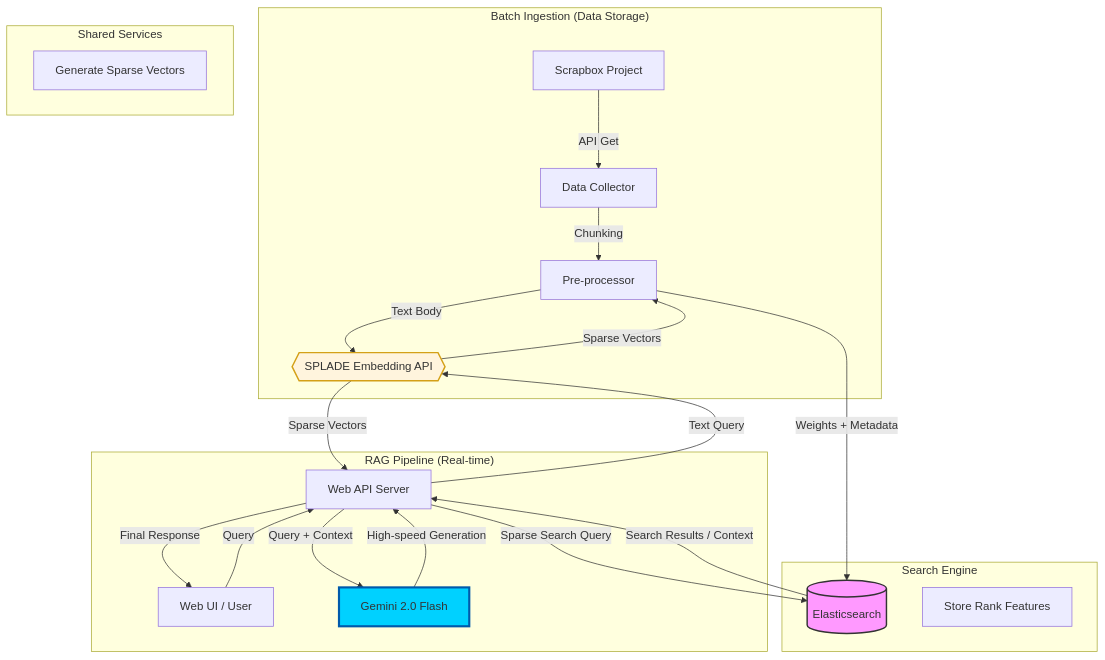
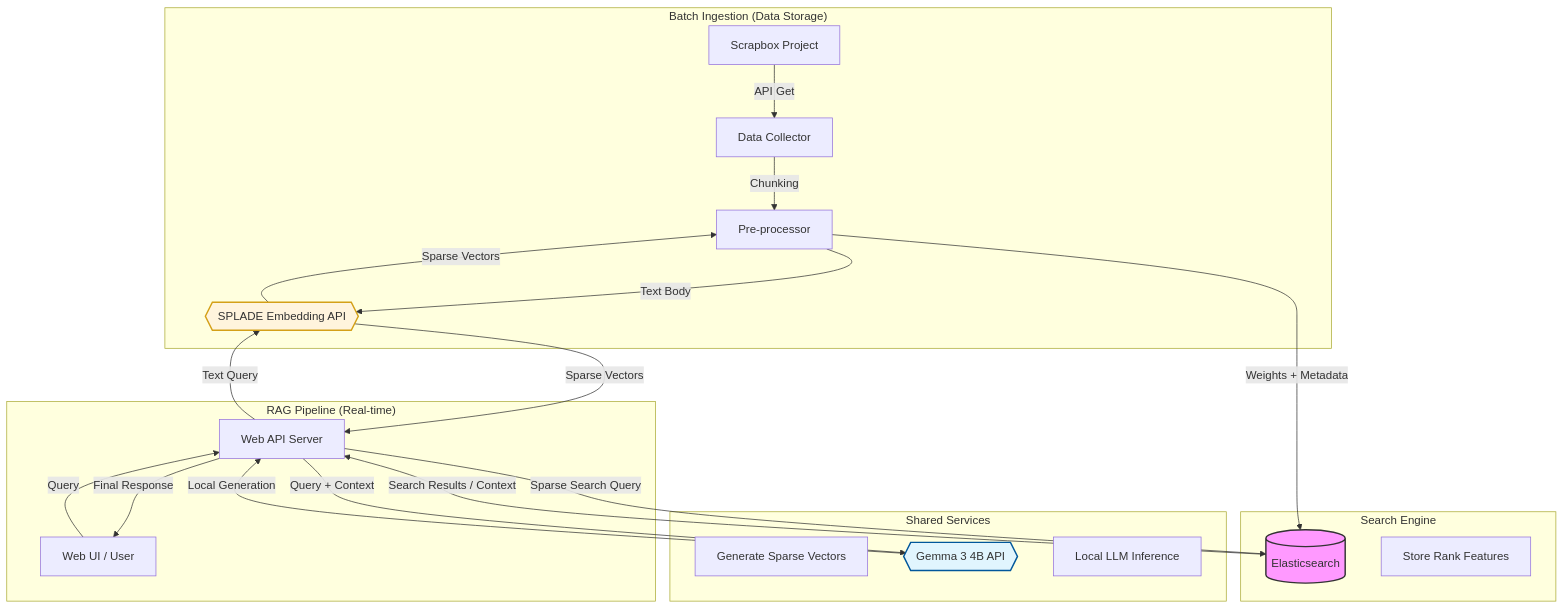
One commit to wararaki718/rag-scrapbox-with-local-llm changed the diagram in architecture.md. Above: the diagram before and after it, drawn with Mermaid. The commit also changed other lines of this file and 10 other files, not shown here.

````diff
--- a/architecture.md
+++ b/architecture.md
@@ -3,40 +3,42 @@
 ```mermaid
 graph TD
     %% Phase 1: Batch Ingestion
     subgraph "Batch Ingestion (Data Storage)"
         A[Scrapbox Project] -->|API Get| B[Data Collector]
         B -->|Chunking| C[Pre-processor]
         C -->|Text Body| D_API
     end
 
     subgraph "Shared Services"
         D_API{{SPLADE Embedding API}}
         note1[Generate Sparse Vectors]
+        LLM_API{{Gemma 3 4B API}}
+        note3[Local LLM Inference]
     end
 
     subgraph "Search Engine"
         E[(Elasticsearch)]
         note2[Store Rank Features]
     end
 
     %% Flow in Batch
     D_API -->|Sparse Vectors| C
     C -->|Weights + Metadata| E
 
     %% Phase 2: RAG Pipeline
     subgraph "RAG Pipeline (Real-time)"
         F[Web UI / User] -->|Query| G[Web API Server]
         G -->|Text Query| D_API
         D_API -->|Sparse Vectors| G
         G -->|Sparse Search Query| E
         E -->|Search Results / Context| G
-        G -->|Query + Context| I[Gemini 2.0 Flash]
-        I -->|High-speed Generation| G
+        G -->|Query + Context| LLM_API
+        LLM_API -->|Local Generation| G
         G -->|Final Response| F
     end
 
     %% Styles
     style D_API fill:#fff4dd,stroke:#d4a017,stroke-width:2px
+    style LLM_API fill:#e1f5fe,stroke:#01579b,stroke-width:2px
     style E fill:#f9f,stroke:#333,stroke-width:2px
-    style I fill:#00d1ff,stroke:#005aab,stroke-width:3px
 ```
````
